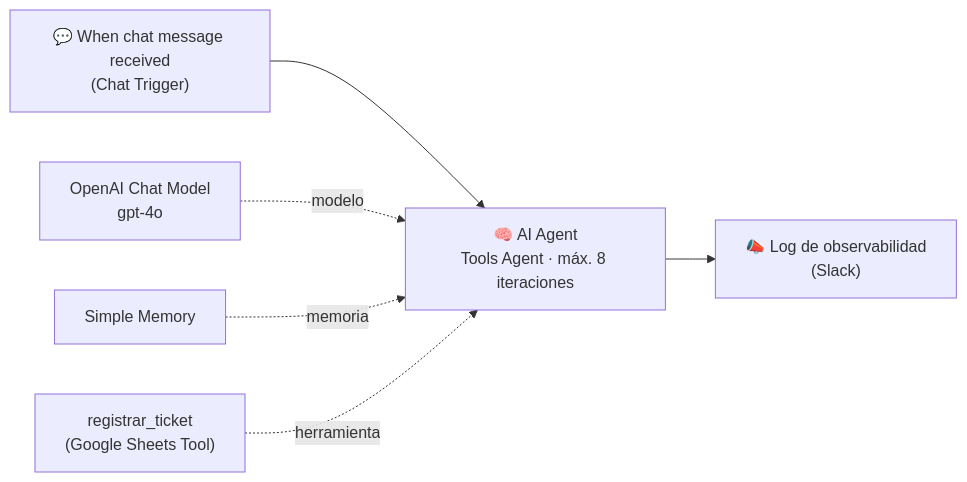
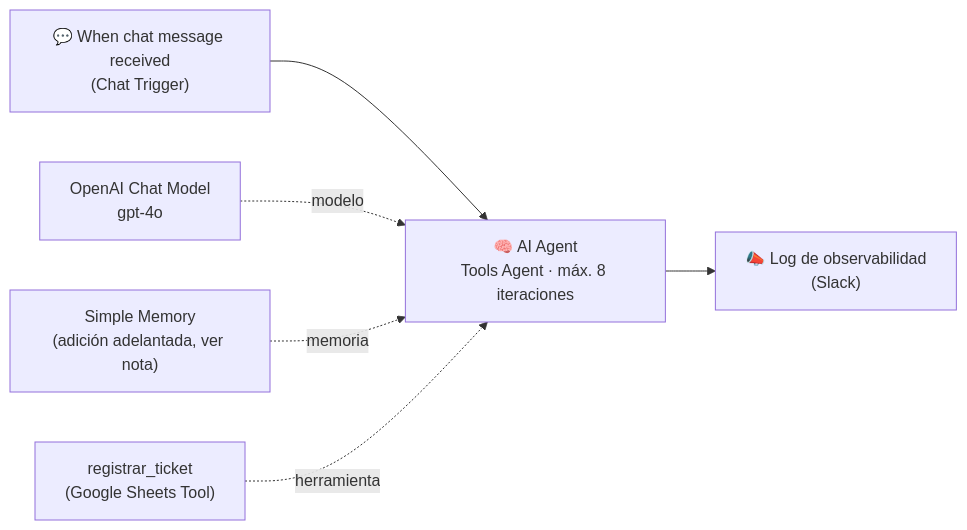
Before and after one commit to bacorsi85/coderhouse-ia-automation-avanzado: the diagram in entregable-1/README.md, drawn with Mermaid. The commit also changed other lines of this file and 8 other files, not shown here.

````diff
--- a/entregable-1/README.md
+++ b/entregable-1/README.md
@@ -14,8 +14,8 @@
 ```mermaid
 flowchart LR
     T["💬 When chat message received<br/>(Chat Trigger)"] --> A["🧠 AI Agent<br/>Tools Agent · máx. 8 iteraciones"]
     M["OpenAI Chat Model<br/>gpt-4o"] -. modelo .-> A
-    R["Simple Memory"] -. memoria .-> A
+    R["Simple Memory<br/>(adición adelantada, ver nota)"] -. memoria .-> A
     S["registrar_ticket<br/>(Google Sheets Tool)"] -. herramienta .-> A
     A --> L["📣 Log de observabilidad<br/>(Slack)"]
 ```
````
